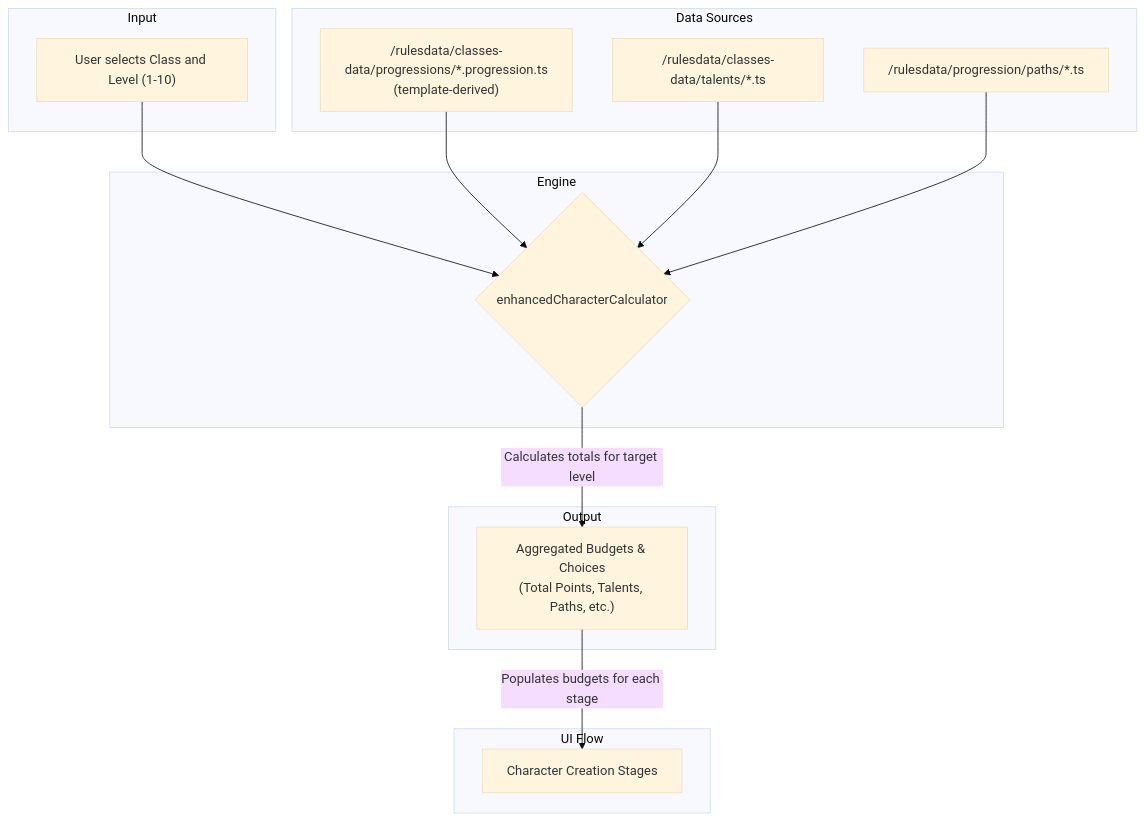
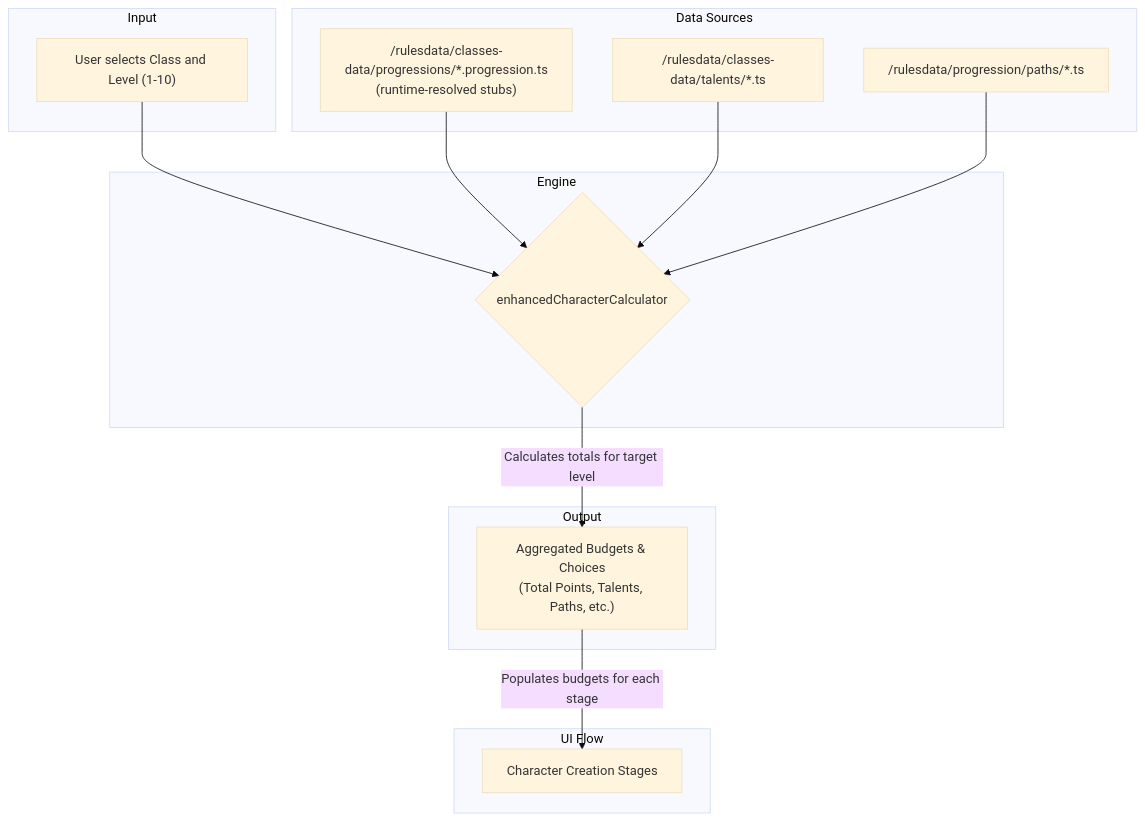
Before and after one commit to YasafVol/dc20clean: the diagram in docs/systems/LEVELING_SYSTEM.MD, drawn with Mermaid (base theme). The commit also changed other lines of this file and 175 other files, not shown here.

````diff
--- a/docs/systems/LEVELING_SYSTEM.MD
+++ b/docs/systems/LEVELING_SYSTEM.MD
@@ -15,29 +15,29 @@
 ```mermaid
 flowchart TD
     subgraph "Input"
         A["User selects Class and Level (1-10)"]
     end
 
     subgraph "Engine"
         B{"enhancedCharacterCalculator"}
     end
 
     subgraph "Data Sources"
-        C1["/rulesdata/classes-data/progressions/*.progression.ts\n(template-derived)"]
+        C1["/rulesdata/classes-data/progressions/*.progression.ts\n(runtime-resolved stubs)"]
         C2["/rulesdata/classes-data/talents/*.ts"]
         C3["/rulesdata/progression/paths/*.ts"]
     end
 
     subgraph "Output"
         D["Aggregated Budgets & Choices\n(Total Points, Talents, Paths, etc.)"]
     end
 
     subgraph "UI Flow"
         E["Character Creation Stages"]
     end
 
     A --> B
     C1 & C2 & C3 --> B
     B -- "Calculates totals for target level" --> D
     D -- "Populates budgets for each stage" --> E
 ```
````
